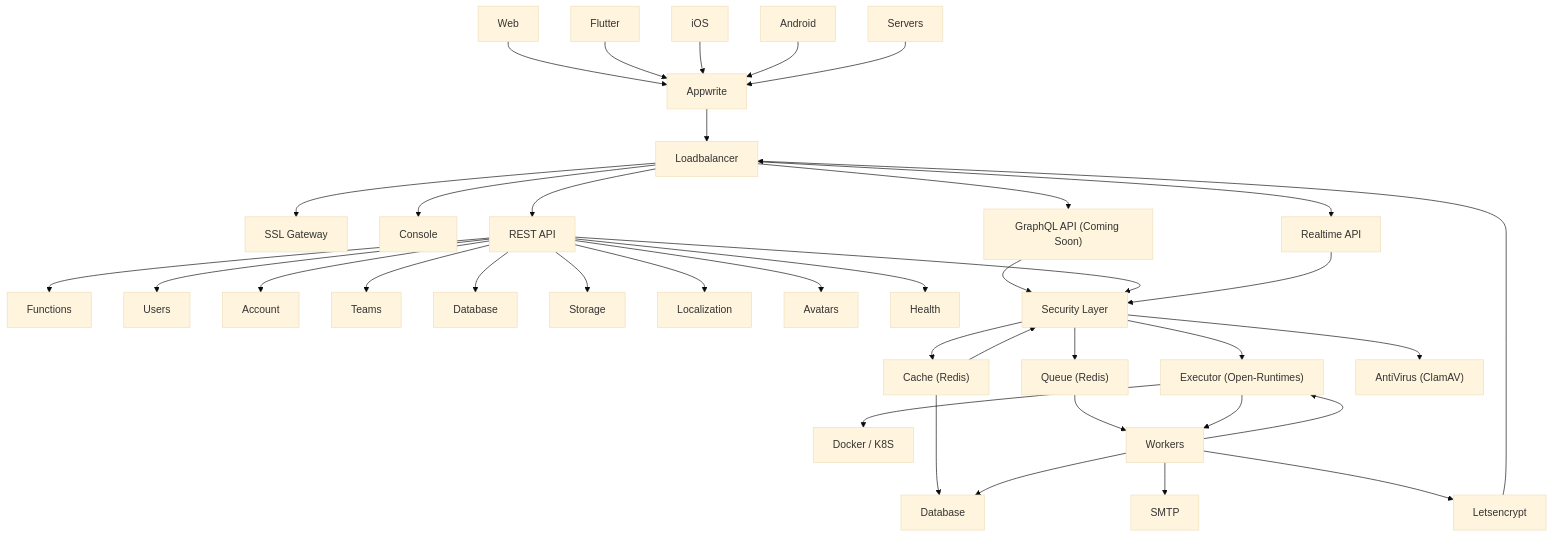
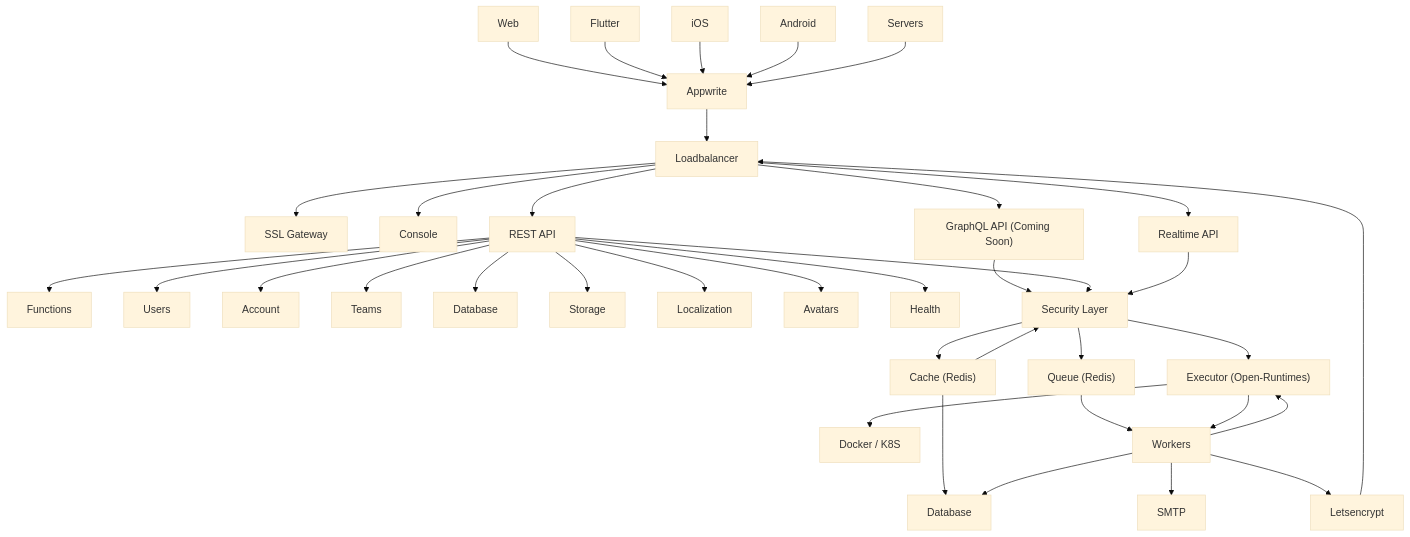
One commit to appwrite/appwrite changed the diagram in README-CN.md. Above: the diagram before and after it, drawn with Mermaid (base theme). The commit also changed 1 other file, not shown here.

Commit message:
docs: drop antivirus from architecture diagrams

````diff
--- a/README-CN.md
+++ b/README-CN.md
@@ -215,46 +215,45 @@
 ```mermaid
 flowchart TB
   Web --> Appwrite
   Flutter --> Appwrite
   iOS --> Appwrite
   Android --> Appwrite
   Servers --> Appwrite
 
   Appwrite --> Loadbalancer
   Loadbalancer --> sslGateway[SSL Gateway]
   Loadbalancer --> Console
   Loadbalancer --> graphqlApi["GraphQL API (Coming Soon)"]
   Loadbalancer --> restApi[REST API]
   Loadbalancer --> realtimeApi[Realtime API]
 
   restApi --> apiFunctions[Functions]
   restApi --> apiUsers[Users]
   restApi --> apiAccount[Account]
   restApi --> apiTeams[Teams]
   restApi --> apiDatabase[Database]
   restApi --> apiStorage[Storage]
   restApi --> apiLocalization[Localization]
   restApi --> apiAvatars[Avatars]
   restApi --> apiHealth[Health]
 
   graphqlApi --> securityLayer[Security Layer]
   restApi --> securityLayer
   realtimeApi --> securityLayer
 
   securityLayer --> executor["Executor (Open-Runtimes)"]
   securityLayer --> cache["Cache (Redis)"]
   securityLayer --> queue["Queue (Redis)"]
-  securityLayer --> antivirus["AntiVirus (ClamAV)"]
   cache --> securityLayer
 
   executor --> dockerK8s["Docker / K8S"]
   cache --> database[Database]
 
   queue --> workers[Workers]
   executor --> workers
   workers --> executor
   workers --> database
   workers --> SMTP
   workers --> Letsencrypt
   Letsencrypt --> Loadbalancer
 ```
````
